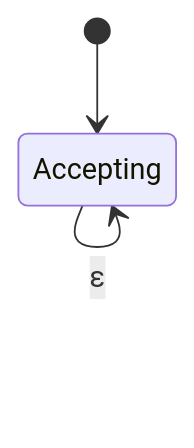
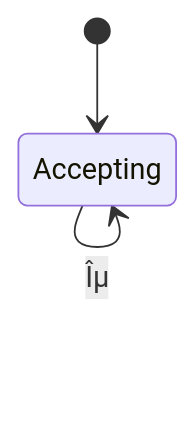
Before and after one commit to manishkumar8312/CS-Fundamentals: the fourth of 8 diagrams in Theory Of Computation/Ch02 - Finite Automata.md, drawn with Mermaid. The commit also changed other lines of this file, not shown here.

````diff
--- a/Theory Of Computation/Ch02 - Finite Automata.md
+++ b/Theory Of Computation/Ch02 - Finite Automata.md
@@ -121,7 +121,7 @@
 ```mermaid
 stateDiagram-v2
     [*] --> q0
     q0 --> q0 : a
     q0 : Accepting
-    q0 --> q0 : ε
+    q0 --> q0 : Îµ
 ```
````
